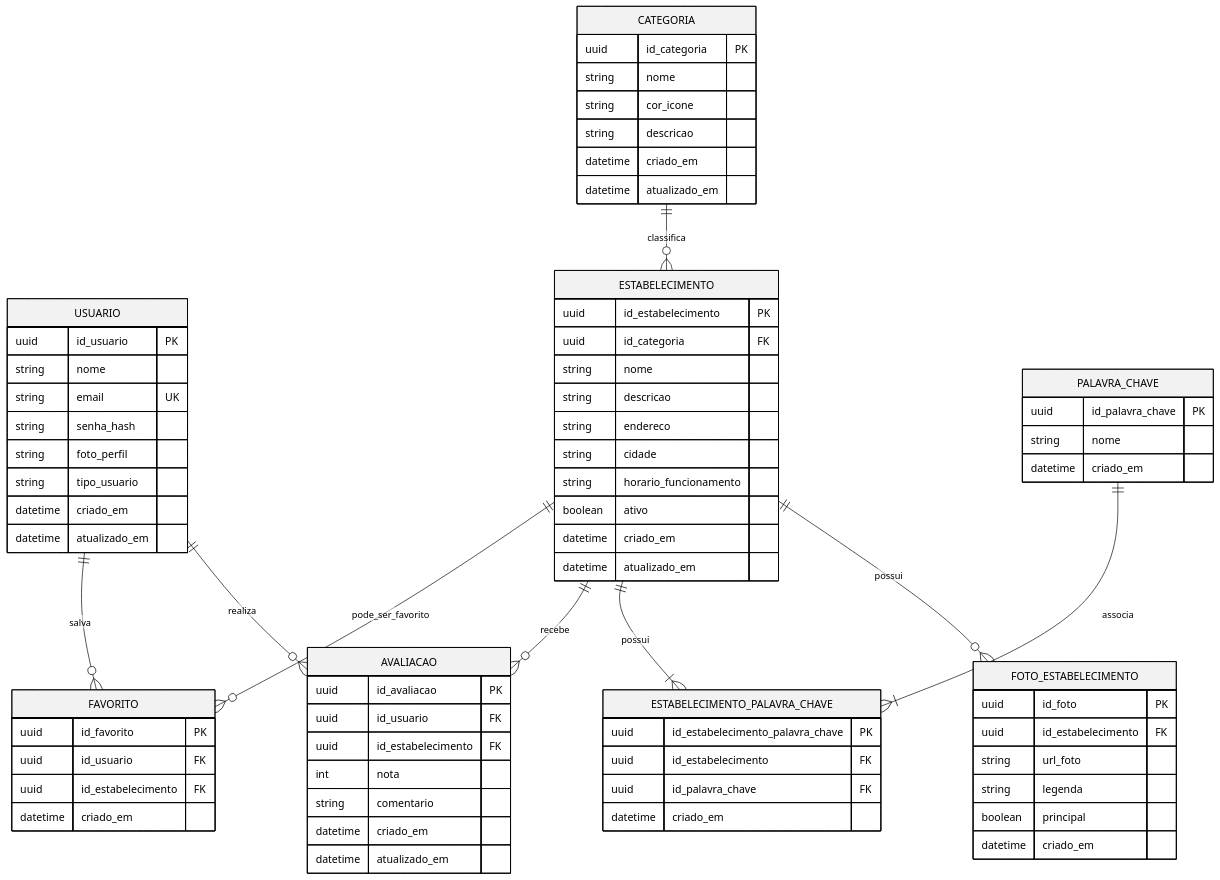
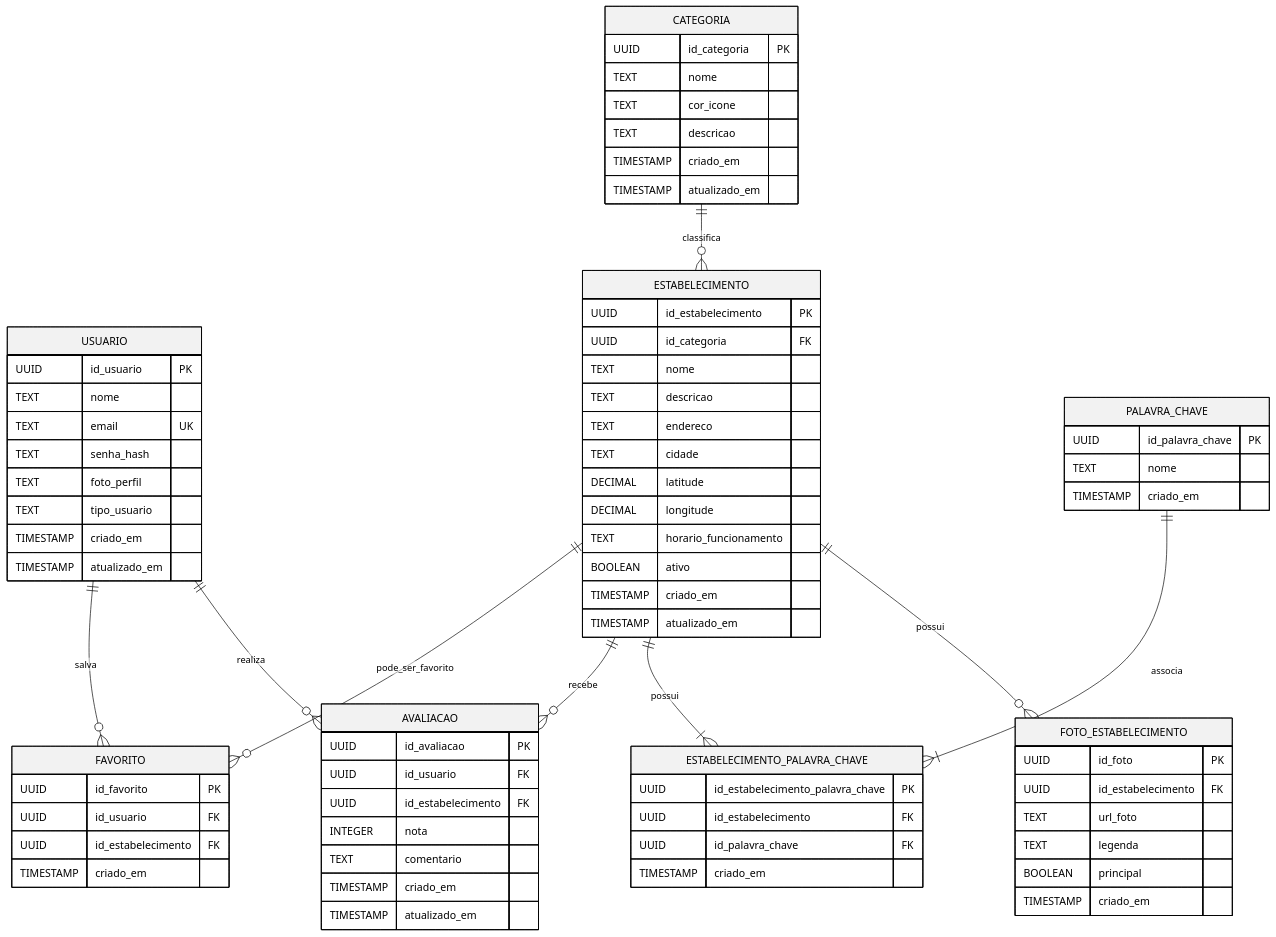
Before and after one commit to tfg-urbanly-fatec-ipiranga/backend: the diagram in docs/bd.md, drawn with Mermaid.

Commit message:
Update bd.md
change data types according to postgresql

```diff
--- a/docs/bd.md
+++ b/docs/bd.md
@@ -15,75 +15,77 @@
 erDiagram
 
     USUARIO {
-        uuid id_usuario PK
-        string nome
-        string email UK
-        string senha_hash
-        string foto_perfil
-        string tipo_usuario
-        datetime criado_em
-        datetime atualizado_em
+        UUID id_usuario PK
+        TEXT nome
+        TEXT email UK
+        TEXT senha_hash
+        TEXT foto_perfil
+        TEXT tipo_usuario
+        TIMESTAMP criado_em
+        TIMESTAMP atualizado_em
     }
 
     CATEGORIA {
-        uuid id_categoria PK
-        string nome
-        string cor_icone
-        string descricao
-        datetime criado_em
-        datetime atualizado_em
+        UUID id_categoria PK
+        TEXT nome
+        TEXT cor_icone
+        TEXT descricao
+        TIMESTAMP criado_em
+        TIMESTAMP atualizado_em
     }
 
     ESTABELECIMENTO {
-        uuid id_estabelecimento PK
-        uuid id_categoria FK
-        string nome
-        string descricao
-        string endereco
-        string cidade
-        string horario_funcionamento
-        boolean ativo
-        datetime criado_em
-        datetime atualizado_em
+        UUID id_estabelecimento PK
+        UUID id_categoria FK
+        TEXT nome
+        TEXT descricao
+        TEXT endereco
+        TEXT cidade
+        DECIMAL latitude
+        DECIMAL longitude
+        TEXT horario_funcionamento
+        BOOLEAN ativo
+        TIMESTAMP criado_em
+        TIMESTAMP atualizado_em
     }
 
     FOTO_ESTABELECIMENTO {
-        uuid id_foto PK
-        uuid id_estabelecimento FK
-        string url_foto
-        string legenda
-        boolean principal
-        datetime criado_em
+        UUID id_foto PK
+        UUID id_estabelecimento FK
+        TEXT url_foto
+        TEXT legenda
+        BOOLEAN principal
+        TIMESTAMP criado_em
     }
 
     PALAVRA_CHAVE {
-        uuid id_palavra_chave PK
-        string nome
-        datetime criado_em
+        UUID id_palavra_chave PK
+        TEXT nome
+        TIMESTAMP criado_em
     }
 
     ESTABELECIMENTO_PALAVRA_CHAVE {
-        uuid id_estabelecimento_palavra_chave PK
-        uuid id_estabelecimento FK
-        uuid id_palavra_chave FK
-        datetime criado_em
+        UUID id_estabelecimento_palavra_chave PK
+        UUID id_estabelecimento FK
+        UUID id_palavra_chave FK
+        TIMESTAMP criado_em
     }
 
     AVALIACAO {
-        uuid id_avaliacao PK
-        uuid id_usuario FK
-        uuid id_estabelecimento FK
-        int nota
-        string comentario
-        datetime criado_em
-        datetime atualizado_em
+        UUID id_avaliacao PK
+        UUID id_usuario FK
+        UUID id_estabelecimento FK
+        INTEGER nota
+        TEXT comentario
+        TIMESTAMP criado_em
+        TIMESTAMP atualizado_em
     }
 
     FAVORITO {
-        uuid id_favorito PK
-        uuid id_usuario FK
-        uuid id_estabelecimento FK
-        datetime criado_em
+        UUID id_favorito PK
+        UUID id_usuario FK
+        UUID id_estabelecimento FK
+        TIMESTAMP criado_em
     }
 
     CATEGORIA ||--o{ ESTABELECIMENTO : classifica
```
